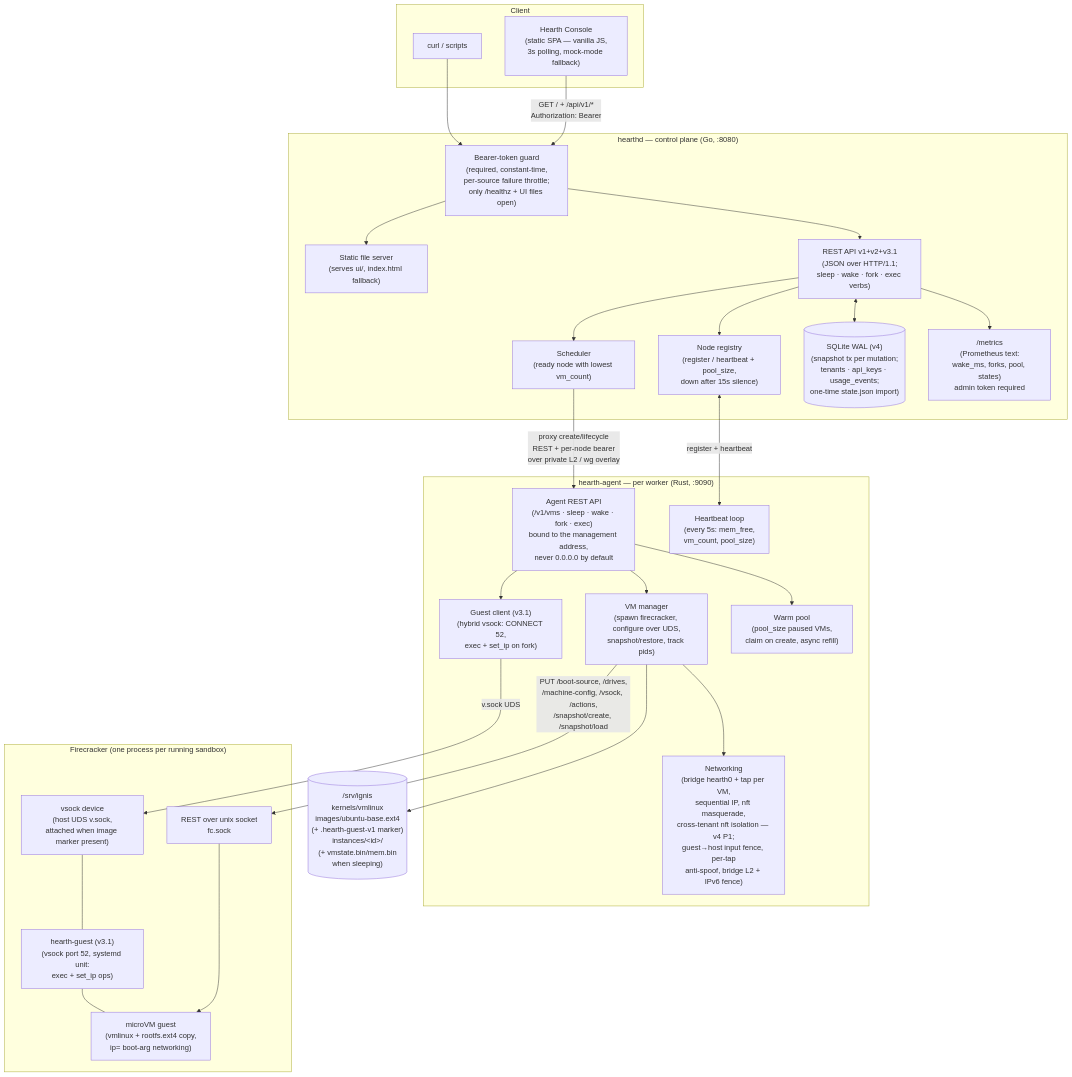
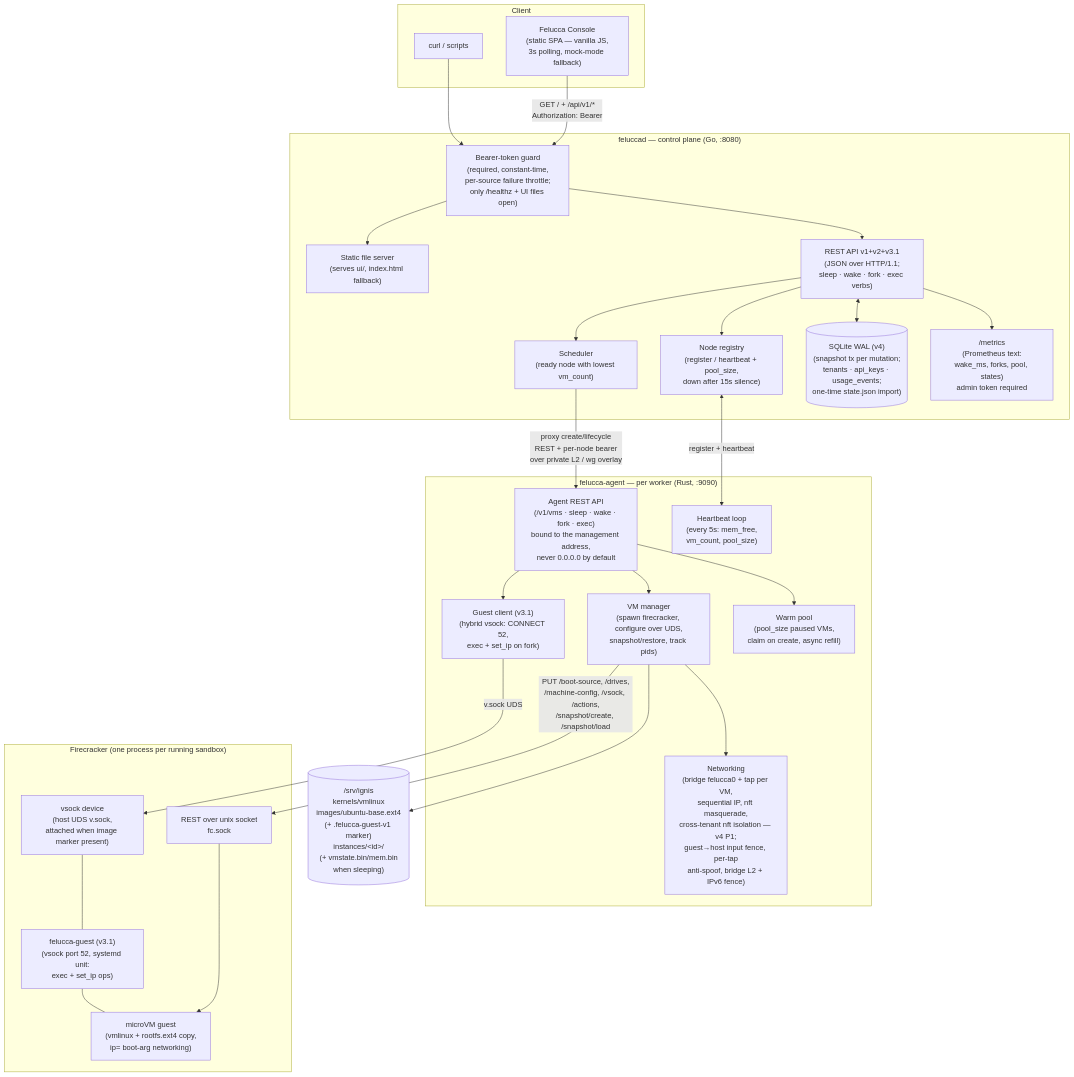
The first of 11 diagrams in docs/ARCHITECTURE.md (Sodoko-dev/felucca), drawn with Mermaid before and after one commit. The commit also changed other lines of this file and 192 other files, not shown here.

````diff
--- a/docs/ARCHITECTURE.md
+++ b/docs/ARCHITECTURE.md
@@ -27,56 +27,56 @@
 ```mermaid
 flowchart TB
     subgraph client["Client"]
-        UI["Hearth Console<br/>(static SPA — vanilla JS,<br/>3s polling, mock-mode fallback)"]
+        UI["Felucca Console<br/>(static SPA — vanilla JS,<br/>3s polling, mock-mode fallback)"]
         CLI["curl / scripts"]
     end
 
-    subgraph hearthd["hearthd — control plane (Go, :8080)"]
+    subgraph feluccad["feluccad — control plane (Go, :8080)"]
         AUTH["Bearer-token guard<br/>(required, constant-time,<br/>per-source failure throttle;<br/>only /healthz + UI files open)"]
         STATIC["Static file server<br/>(serves ui/, index.html fallback)"]
         API["REST API v1+v2+v3.1<br/>(JSON over HTTP/1.1;<br/>sleep · wake · fork · exec verbs)"]
         SCHED["Scheduler<br/>(ready node with lowest vm_count)"]
         REG["Node registry<br/>(register / heartbeat + pool_size,<br/>down after 15s silence)"]
         STATE[("SQLite WAL (v4)<br/>(snapshot tx per mutation;<br/>tenants · api_keys · usage_events;<br/>one-time state.json import)")]
         METRICS["/metrics<br/>(Prometheus text:<br/>wake_ms, forks, pool, states)<br/>admin token required"]
     end
 
-    subgraph agent["hearth-agent — per worker (Rust, :9090)"]
+    subgraph agent["felucca-agent — per worker (Rust, :9090)"]
         AAPI["Agent REST API<br/>(/v1/vms · sleep · wake · fork · exec)<br/>bound to the management address,<br/>never 0.0.0.0 by default"]
         VMM["VM manager<br/>(spawn firecracker, configure over UDS,<br/>snapshot/restore, track pids)"]
         GC["Guest client (v3.1)<br/>(hybrid vsock: CONNECT 52,<br/>exec + set_ip on fork)"]
         POOL["Warm pool<br/>(pool_size paused VMs,<br/>claim on create, async refill)"]
-        NET["Networking<br/>(bridge hearth0 + tap per VM,<br/>sequential IP, nft masquerade,<br/>cross-tenant nft isolation — v4 P1;<br/>guest→host input fence, per-tap<br/>anti-spoof, bridge L2 + IPv6 fence)"]
+        NET["Networking<br/>(bridge felucca0 + tap per VM,<br/>sequential IP, nft masquerade,<br/>cross-tenant nft isolation — v4 P1;<br/>guest→host input fence, per-tap<br/>anti-spoof, bridge L2 + IPv6 fence)"]
         HB["Heartbeat loop<br/>(every 5s: mem_free,<br/>vm_count, pool_size)"]
     end
 
     subgraph fc["Firecracker (one process per running sandbox)"]
         FCAPI["REST over unix socket<br/>fc.sock"]
         VSOCK["vsock device<br/>(host UDS v.sock,<br/>attached when image marker present)"]
         UVM["microVM guest<br/>(vmlinux + rootfs.ext4 copy,<br/>ip= boot-arg networking)"]
-        HG["hearth-guest (v3.1)<br/>(vsock port 52, systemd unit:<br/>exec + set_ip ops)"]
+        HG["felucca-guest (v3.1)<br/>(vsock port 52, systemd unit:<br/>exec + set_ip ops)"]
     end
 
-    ASSETS[("/srv/ignis<br/>kernels/vmlinux<br/>images/ubuntu-base.ext4<br/>(+ .hearth-guest-v1 marker)<br/>instances/&lt;id&gt;/<br/>(+ vmstate.bin/mem.bin<br/>when sleeping)")]
+    ASSETS[("/srv/ignis<br/>kernels/vmlinux<br/>images/ubuntu-base.ext4<br/>(+ .felucca-guest-v1 marker)<br/>instances/&lt;id&gt;/<br/>(+ vmstate.bin/mem.bin<br/>when sleeping)")]
 
     UI -->|"GET /  +  /api/v1/*<br/>Authorization: Bearer"| AUTH
     CLI --> AUTH
     AUTH --> STATIC
     AUTH --> API
     API --> SCHED
     API --> REG
     API --> METRICS
     SCHED -->|"proxy create/lifecycle<br/>REST + per-node bearer<br/>over private L2 / wg overlay"| AAPI
     REG <--> |"register + heartbeat"| HB
     API <--> STATE
     AAPI --> VMM
     AAPI --> POOL
     AAPI --> GC
     VMM --> NET
     VMM -->|"PUT /boot-source, /drives,<br/>/machine-config, /vsock, /actions,<br/>/snapshot/create, /snapshot/load"| FCAPI
     FCAPI --> UVM
     GC -->|"v.sock UDS"| VSOCK
     VSOCK --- HG
     HG --- UVM
     VMM --> ASSETS
 ```
````
